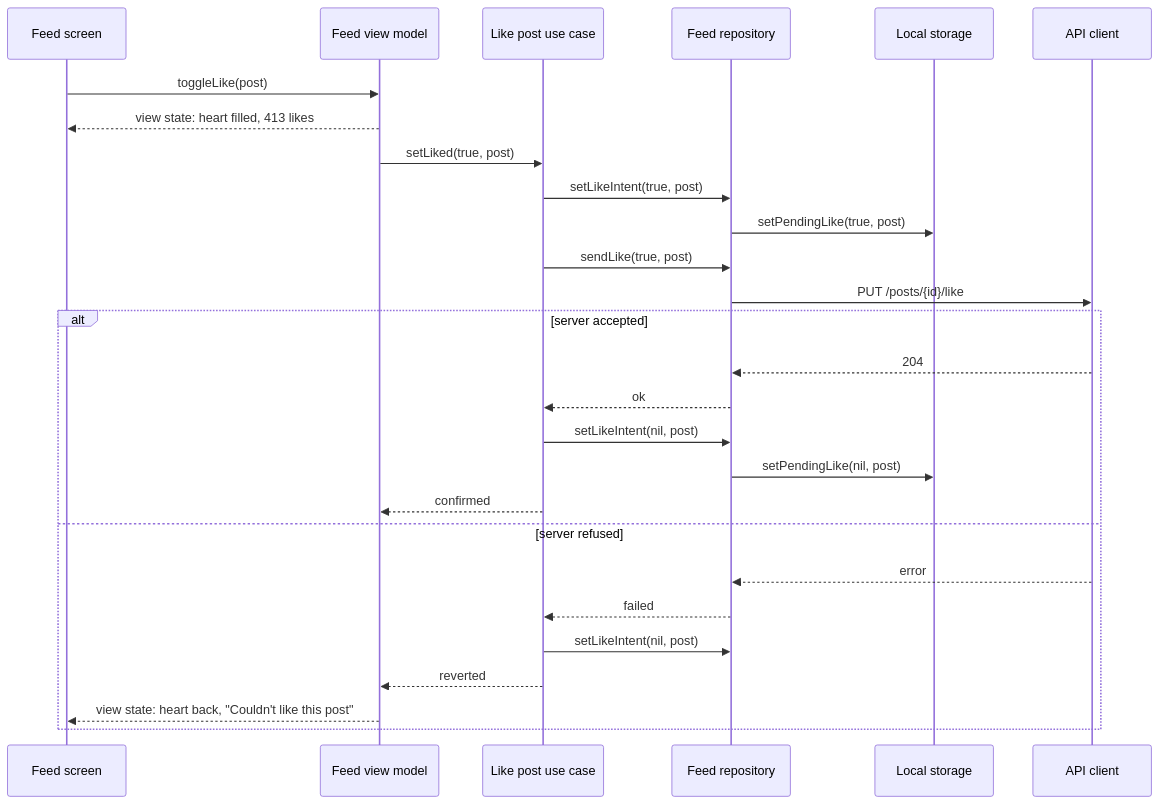
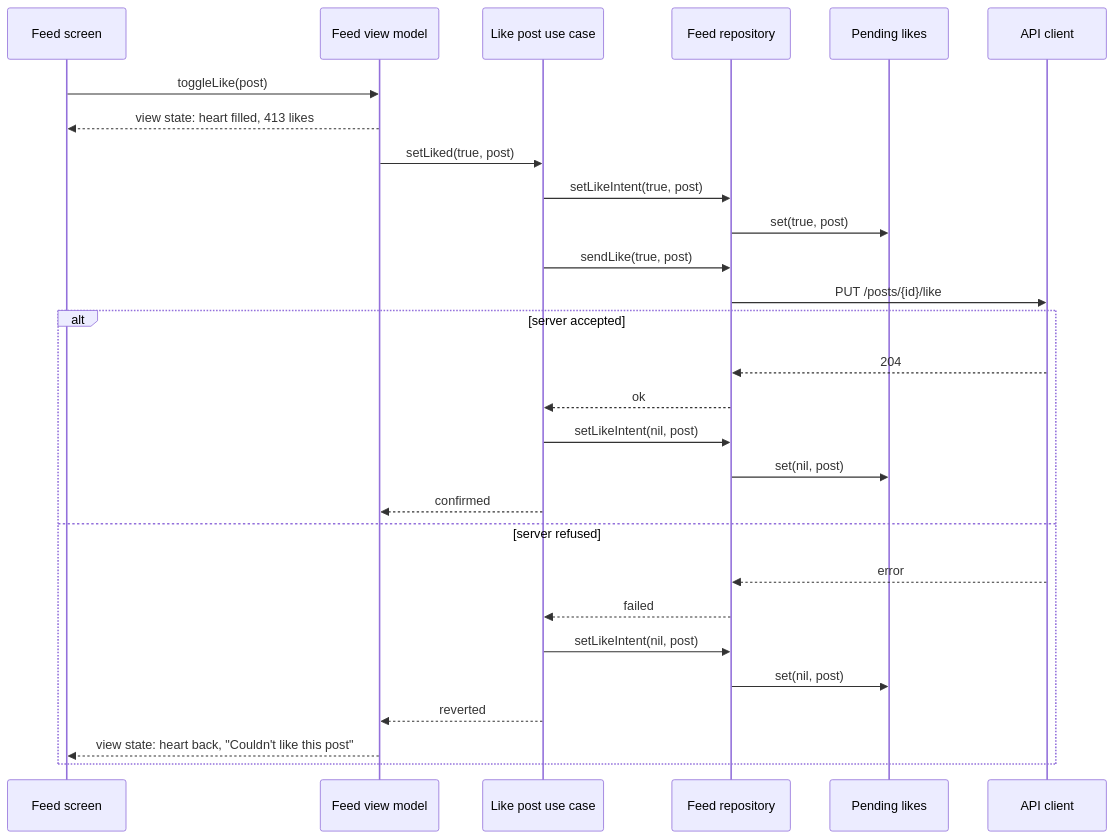
The third of 5 diagrams in topics/system-design/02-infinite-photo-feed.md (rezabina86/reference-desk), drawn with Mermaid before and after one commit. The commit also changed other lines of this file and 6 other files, not shown here.

````diff
--- a/topics/system-design/02-infinite-photo-feed.md
+++ b/topics/system-design/02-infinite-photo-feed.md
@@ -512,29 +541,30 @@
 ```mermaid
 sequenceDiagram
   participant V as Feed screen
   participant VM as Feed view model
   participant U as Like post use case
   participant R as Feed repository
-  participant S as Local storage
+  participant P as Pending likes
   participant A as API client
   V->>VM: toggleLike(post)
   VM-->>V: view state: heart filled, 413 likes
   VM->>U: setLiked(true, post)
   U->>R: setLikeIntent(true, post)
-  R->>S: setPendingLike(true, post)
+  R->>P: set(true, post)
   U->>R: sendLike(true, post)
   R->>A: PUT /posts/{id}/like
   alt server accepted
     A-->>R: 204
     R-->>U: ok
     U->>R: setLikeIntent(nil, post)
-    R->>S: setPendingLike(nil, post)
+    R->>P: set(nil, post)
     U-->>VM: confirmed
   else server refused
     A-->>R: error
     R-->>U: failed
     U->>R: setLikeIntent(nil, post)
+    R->>P: set(nil, post)
     U-->>VM: reverted
     VM-->>V: view state: heart back, "Couldn't like this post"
   end
 ```
````
